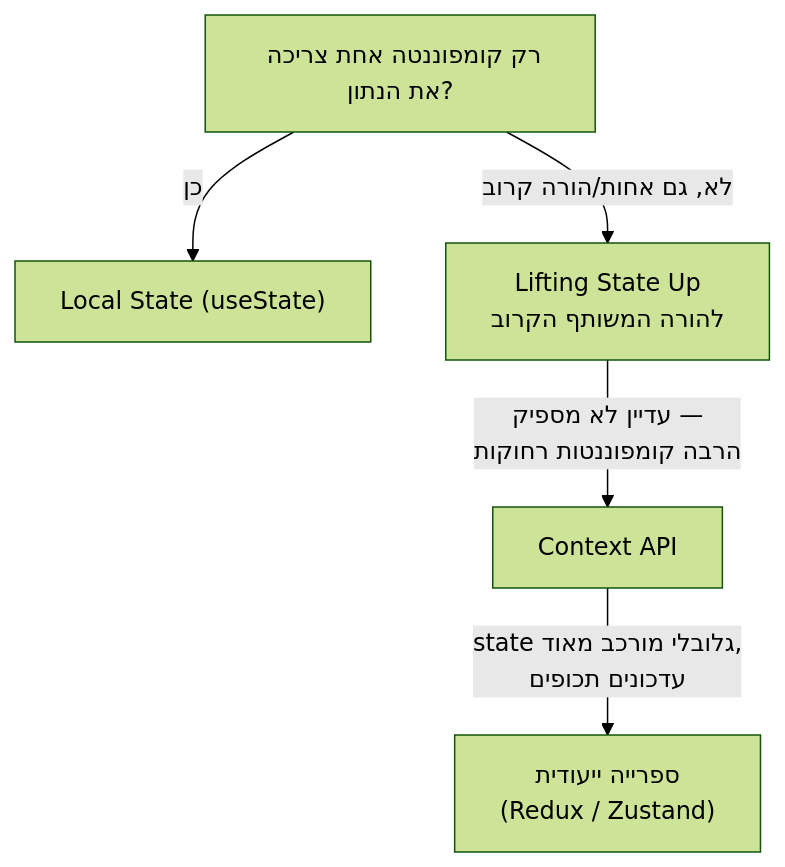
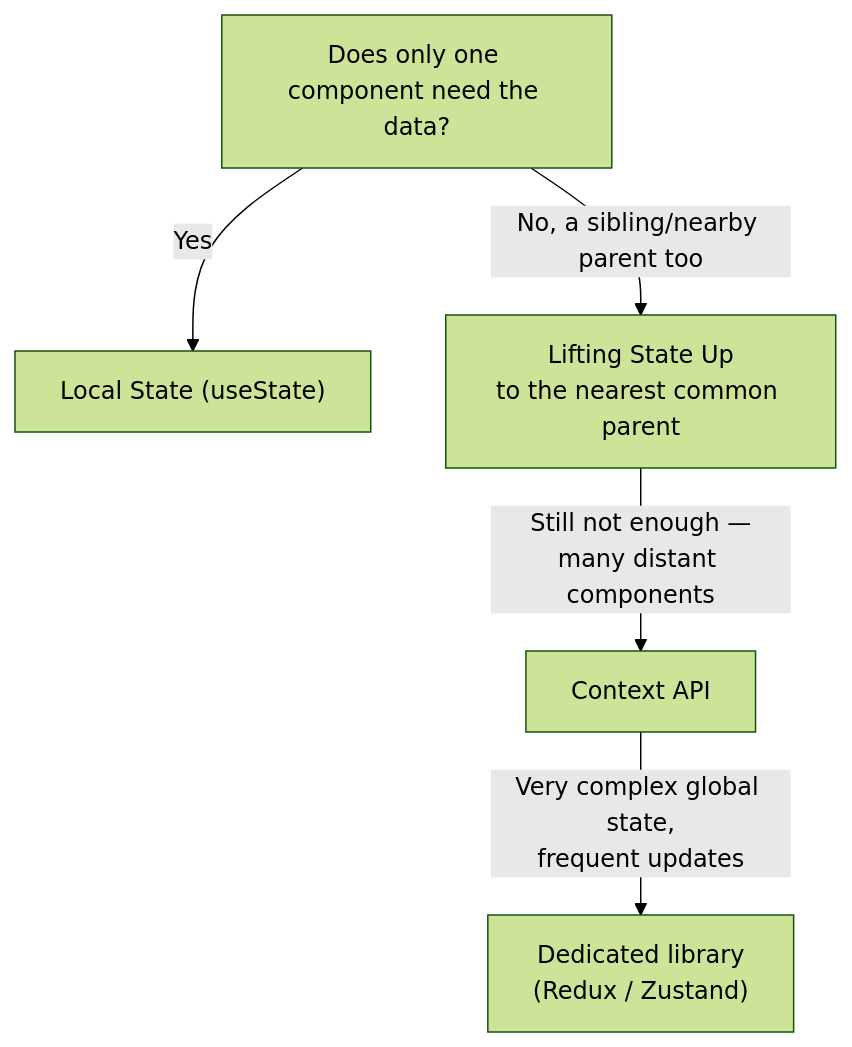
The diagram in content/docs/react/98-react-state-management-content.md (neriyaMalachi/FullStack_kodkode_5), drawn with Mermaid (forest theme) before and after one commit. The commit also changed other lines of this file and 117 other files, not shown here.

````diff
--- a/content/docs/react/98-react-state-management-content.md
+++ b/content/docs/react/98-react-state-management-content.md
@@ -49,7 +49,7 @@
 ```mermaid
 flowchart TD
-    A["רק קומפוננטה אחת צריכה את הנתון?"] -->|"כן"| B["Local State (useState)"]
-    A -->|"לא, גם אחות/הורה קרוב"| C["Lifting State Up<br/>להורה המשותף הקרוב"]
-    C -->|"עדיין לא מספיק —<br/>הרבה קומפוננטות רחוקות"| D["Context API"]
-    D -->|"state גלובלי מורכב מאוד,<br/>עדכונים תכופים"| E["ספרייה ייעודית<br/>(Redux / Zustand)"]
+    A["Does only one component need the data?"] -->|"Yes"| B["Local State (useState)"]
+    A -->|"No, a sibling/nearby parent too"| C["Lifting State Up<br/>to the nearest common parent"]
+    C -->|"Still not enough —<br/>many distant components"| D["Context API"]
+    D -->|"Very complex global state,<br/>frequent updates"| E["Dedicated library<br/>(Redux / Zustand)"]
 ```
````
